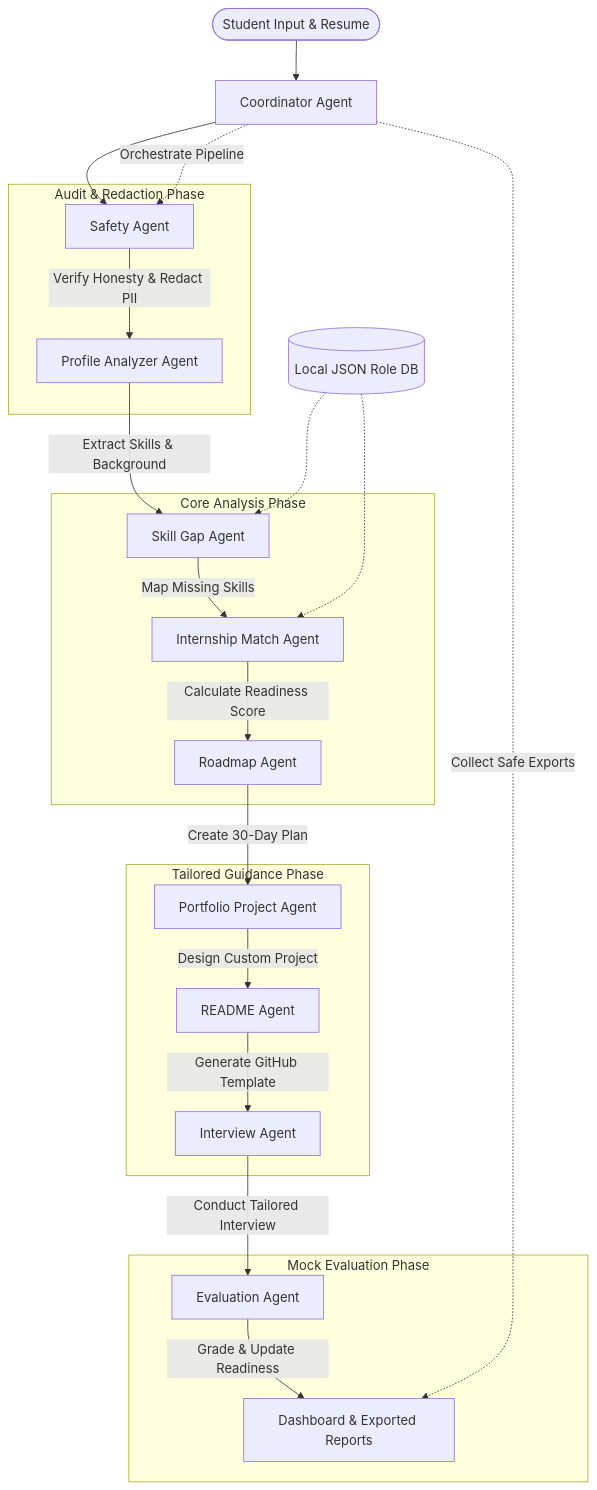
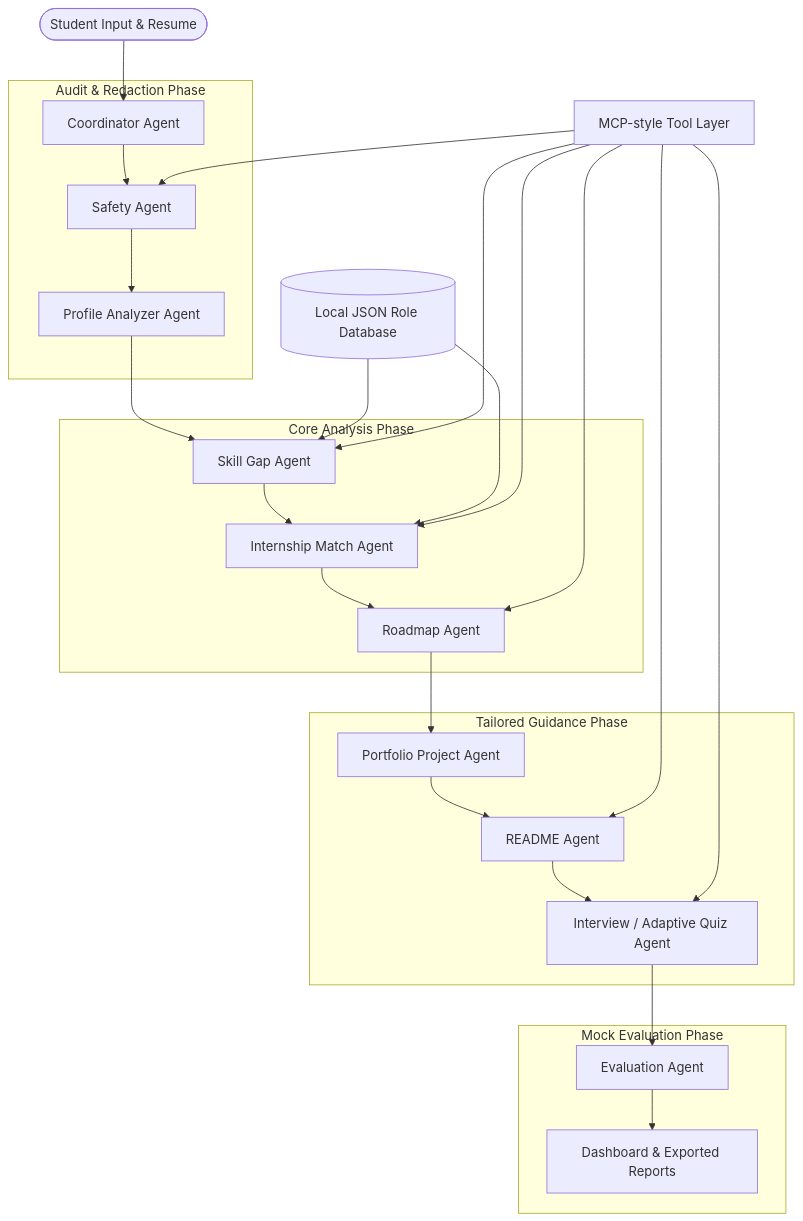
One commit to divyadharshini-cg/skillbridge-ai-agent changed the diagram in README.md. Above: the diagram before and after it, drawn with Mermaid. The commit also changed other lines of this file, not shown here.

Commit message:
Fix Mermaid diagram syntax and formatting

````diff
--- a/README.md
+++ b/README.md
@@ -52,32 +52,36 @@
 ```mermaid
-graph TD
+flowchart TD
     User([Student Input & Resume]) --> COORD[Coordinator Agent]
-    COORD --> SAFETY[Safety Agent]
-    
-    subgraph Audit & Redaction Phase
-        SAFETY -->|Verify Honesty & Redact PII| PA[Profile Analyzer Agent]
+
+    subgraph Audit["Audit & Redaction Phase"]
+        COORD --> SAFETY[Safety Agent]
+        SAFETY --> PA[Profile Analyzer Agent]
     end
-    
-    subgraph Core Analysis Phase
-        PA -->|Extract Skills & Background| SGA[Skill Gap Agent]
-        SGA -->|Map Missing Skills| IMA[Internship Match Agent]
-        IMA -->|Calculate Readiness Score| RAM[Roadmap Agent]
+
+    subgraph Core["Core Analysis Phase"]
+        PA --> SGA[Skill Gap Agent]
+        SGA --> IMA[Internship Match Agent]
+        IMA --> RAM[Roadmap Agent]
     end
-    
-    subgraph Tailored Guidance Phase
-        RAM -->|Create 30-Day Plan| PPA[Portfolio Project Agent]
-        PPA -->|Design Custom Project| REA[README Agent]
-        REA -->|Generate GitHub Template| IA[Interview Agent]
+
+    subgraph Guidance["Tailored Guidance Phase"]
+        RAM --> PPA[Portfolio Project Agent]
+        PPA --> REA[README Agent]
+        REA --> IA[Interview / Adaptive Quiz Agent]
     end
-    
-    subgraph Mock Evaluation Phase
-        IA -->|Conduct Tailored Interview| EVA[Evaluation Agent]
-        EVA -->|Grade & Update Readiness| Output[Dashboard & Exported Reports]
+
+    subgraph Evaluation["Mock Evaluation Phase"]
+        IA --> EVA[Evaluation Agent]
+        EVA --> Output[Dashboard & Exported Reports]
     end
-    
-    db[(Local JSON Role DB)] -.-> SGA
-    db -.-> IMA
-    
-    COORD -.->|Orchestrate Pipeline| SAFETY
-    COORD -.->|Collect Safe Exports| Output
+
+    DB[(Local JSON Role Database)] --> SGA
+    DB --> IMA
+
+    Tools[MCP-style Tool Layer] --> SAFETY
+    Tools --> SGA
+    Tools --> IMA
+    Tools --> RAM
+    Tools --> REA
+    Tools --> IA
 ```
````
